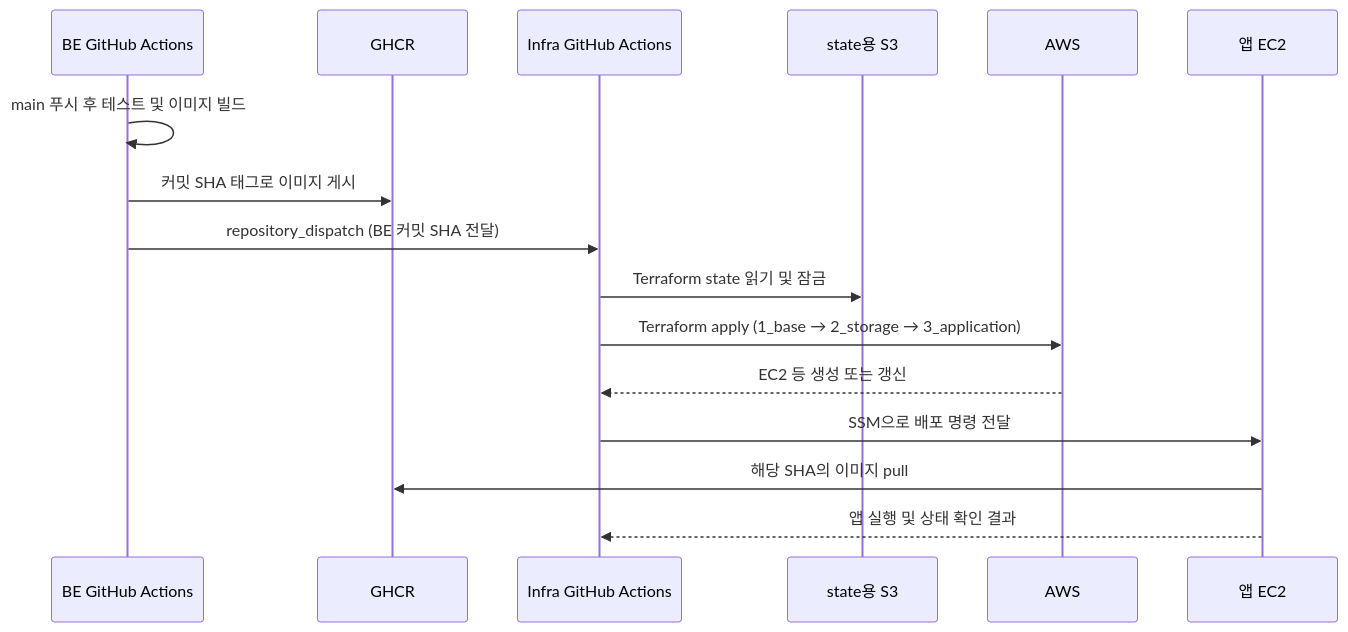
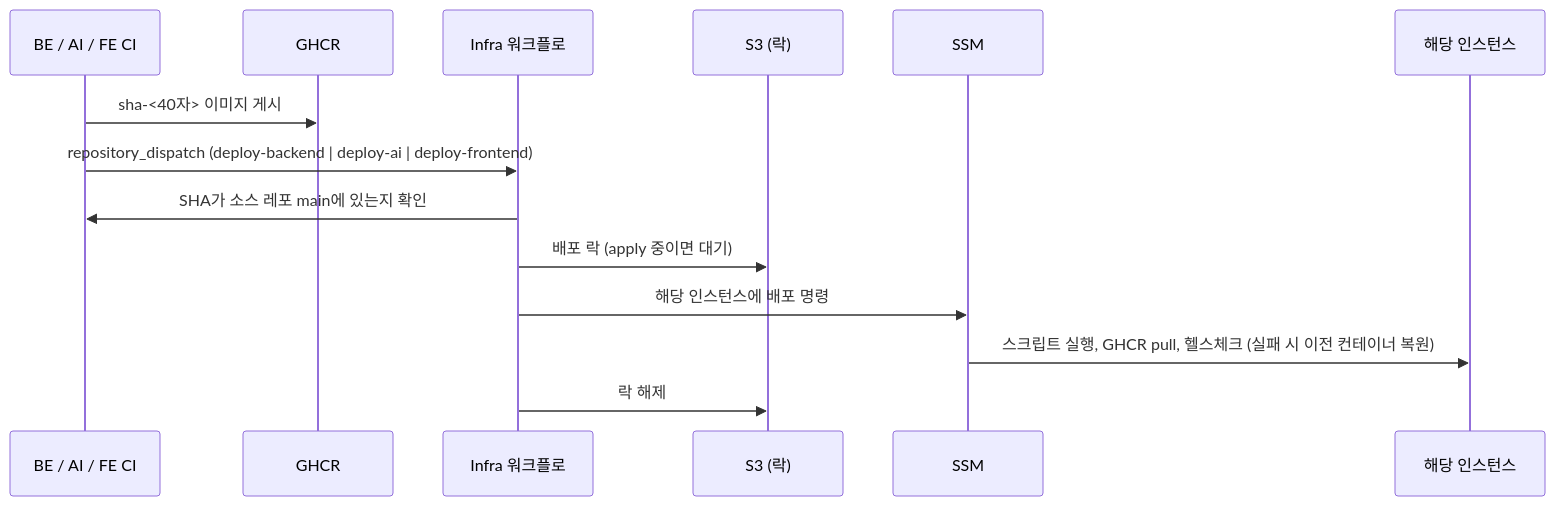
One commit to 42VoiceBridge/42VoiceBridge_Infra changed the second of 2 diagrams in README.md. Above: the diagram before and after it, drawn with Mermaid. The commit also changed other lines of this file and 19 other files, not shown here.

````diff
--- a/README.md
+++ b/README.md
@@ -62,19 +74,17 @@
 ```mermaid
 sequenceDiagram
-    participant BE as BE GitHub Actions
+    participant SRC as BE / AI / FE CI
     participant GHCR as GHCR
-    participant INFRA as Infra GitHub Actions
-    participant STATE as state용 S3
-    participant AWS as AWS
-    participant EC2 as 앱 EC2
+    participant INFRA as Infra 워크플로
+    participant LOCK as S3 (락)
+    participant SSM as SSM
+    participant EC2 as 해당 인스턴스
 
-    BE->>BE: main 푸시 후 테스트 및 이미지 빌드
-    BE->>GHCR: 커밋 SHA 태그로 이미지 게시
-    BE->>INFRA: repository_dispatch (BE 커밋 SHA 전달)
-    INFRA->>STATE: Terraform state 읽기 및 잠금
-    INFRA->>AWS: Terraform apply (1_base → 2_storage → 3_application)
-    AWS-->>INFRA: EC2 등 생성 또는 갱신
-    INFRA->>EC2: SSM으로 배포 명령 전달
-    EC2->>GHCR: 해당 SHA의 이미지 pull
-    EC2-->>INFRA: 앱 실행 및 상태 확인 결과
+    SRC->>GHCR: sha-<40자> 이미지 게시
+    SRC->>INFRA: repository_dispatch (deploy-backend | deploy-ai | deploy-frontend)
+    INFRA->>SRC: SHA가 소스 레포 main에 있는지 확인
+    INFRA->>LOCK: 배포 락 (apply 중이면 대기)
+    INFRA->>SSM: 해당 인스턴스에 배포 명령
+    SSM->>EC2: 스크립트 실행, GHCR pull, 헬스체크 (실패 시 이전 컨테이너 복원)
+    INFRA->>LOCK: 락 해제
 ```
````
